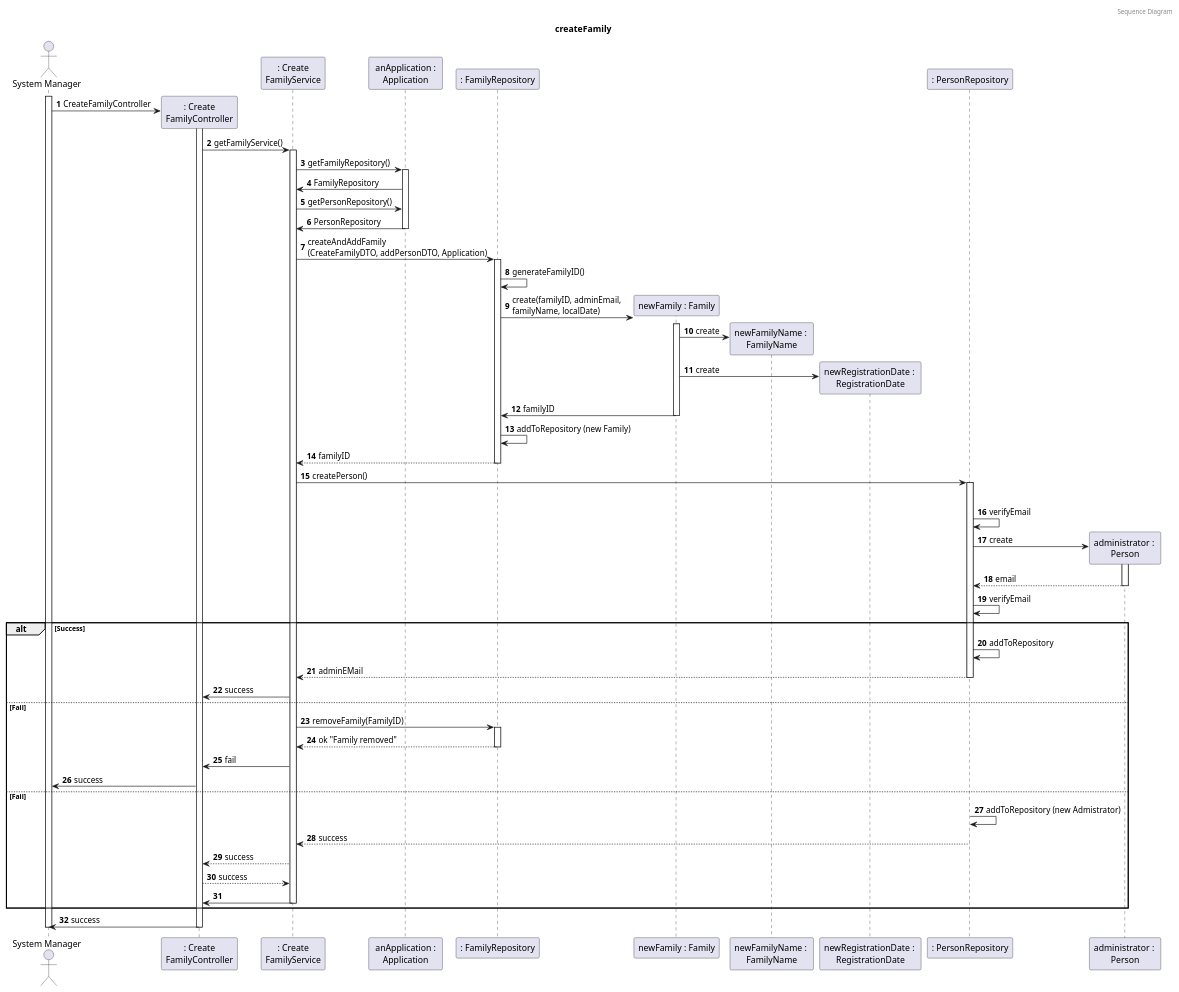
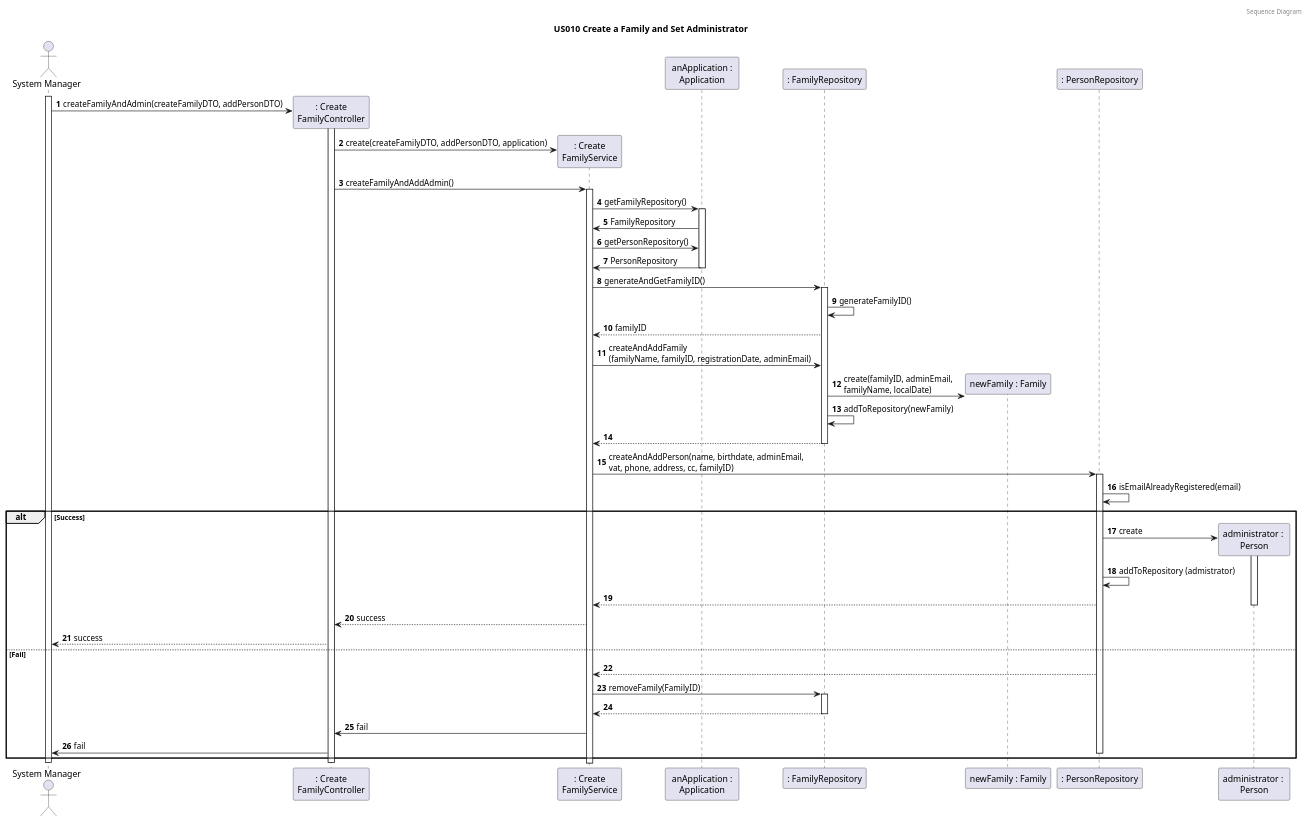
Before and after one commit to tomas-osswald/switch_2020_g3: the third of 4 diagrams in docs/sprint3/user_stories/US010_CreateAFamilyAndSetAdministrator.md, drawn with PlantUML. The commit also changed other lines of this file, not shown here.

Commit message:
Updated SD

`````diff
--- a/docs/sprint3/user_stories/US010_CreateAFamilyAndSetAdministrator.md
+++ b/docs/sprint3/user_stories/US010_CreateAFamilyAndSetAdministrator.md
@@ -120,80 +121,80 @@
 ````puml
 @startuml
 autonumber
 header Sequence Diagram
-title createFamily
+title US010 Create a Family and Set Administrator
 actor "System Manager" as systemManager
+'participant "UI" as UI
 participant ": Create\nFamilyController" as controller
 participant ": Create\nFamilyService" as FamAdminService
 participant " anApplication : \nApplication" as app
 participant ": FamilyRepository" as frepository
 participant "newFamily : Family" as family
-participant "newFamilyName : \nFamilyName" as familyName
-participant "newRegistrationDate : \nRegistrationDate" as registrationDate
 participant ": PersonRepository" as prepository
 participant "administrator : \nPerson" as admin
 activate systemManager
-systemManager -> controller**: CreateFamilyController
+systemManager -> controller**: createFamilyAndAdmin(createFamilyDTO, addPersonDTO)
 activate controller
-controller -> FamAdminService : getFamilyService()
+controller -> FamAdminService** : create(createFamilyDTO, addPersonDTO, application)
+controller -> FamAdminService : createFamilyAndAddAdmin()
 activate FamAdminService
 
 FamAdminService -> app : getFamilyRepository()
 activate app
 app -> FamAdminService : FamilyRepository
 FamAdminService -> app : getPersonRepository()
 app -> FamAdminService : PersonRepository
 deactivate app
-FamAdminService -> frepository: createAndAddFamily \n(CreateFamilyDTO, addPersonDTO, Application)
+
+FamAdminService -> frepository: generateAndGetFamilyID()
 activate frepository
 frepository -> frepository : generateFamilyID()
+frepository --> FamAdminService : familyID
+FamAdminService -> frepository: createAndAddFamily \n(familyName, familyID, registrationDate, adminEmail)
+
+
 frepository -> family** : create(familyID, adminEmail, \nfamilyName, localDate)
-activate family
-family ->  familyName** : create
-family -> registrationDate** : create
-family -> frepository : familyID
-deactivate family
-frepository -> frepository : addToRepository (new Family)
-return familyID
-deactivate app
 
-FamAdminService -> prepository : createPerson()
-alt Success
+frepository -> frepository : addToRepository(newFamily)
+return
+
+FamAdminService -> prepository : createAndAddPerson(name, birthdate, adminEmail, \nvat, phone, address, cc, familyID)
+
+
 
 activate prepository
-prepository -> prepository : verifyEmail
+prepository -> prepository : isEmailAlreadyRegistered(email)
+
+alt Success
 prepository -> admin** : create
 activate admin
-return email
-prepository -> prepository : verifyEmail
-alt Success
 
-prepository -> prepository : addToRepository
-return adminEMail
-FamAdminService -> controller : success
+
+prepository -> prepository : addToRepository (admistrator)
+prepository --> FamAdminService
+deactivate admin
+FamAdminService --> controller : success
+controller --> systemManager : success
 else Fail
 
+prepository --> FamAdminService
 FamAdminService -> frepository : removeFamily(FamilyID)
+
 activate frepository
-return ok "Family removed"
+return
 FamAdminService -> controller : fail
 
-controller -> systemManager : success
+controller -> systemManager : fail
 
-else Fail
 
-prepository -> prepository : addToRepository (new Admistrator)
-prepository --> FamAdminService : success
+
+
 deactivate prepository
 
 
-FamAdminService --> controller : success
-return success
-FamAdminService -> controller 
-deactivate FamAdminService
 end
-controller -> systemManager : success
+
 deactivate controller
 deactivate systemManager
 @enduml
 ````
`````
